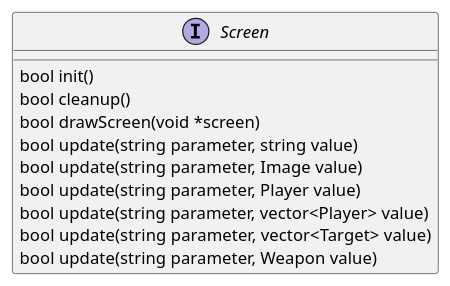
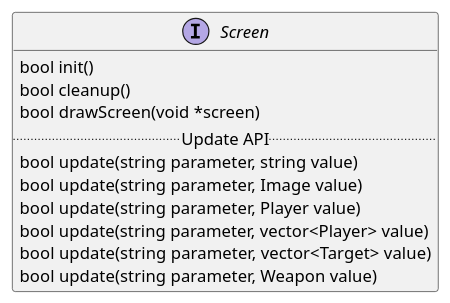
Before and after one commit to asrob-uc3m/robotDevastation-developer-manual: the diagram in en/user-interface-management/screens.md, drawn with PlantUML.

Commit message:
Updates en/user-interface-management/screens.md
Auto commit by GitBook Editor

```diff
--- a/en/user-interface-management/screens.md
+++ b/en/user-interface-management/screens.md
@@ -4,14 +4,15 @@
 {% plantuml %}
 interface Screen {
 bool init()
 bool cleanup()
 bool drawScreen(void *screen)
+..Update API..
 bool update(string parameter, string value)
 bool update(string parameter, Image value)
 bool update(string parameter, Player value)
 bool update(string parameter, vector<Player> value) 
 bool update(string parameter, vector<Target> value) 
 bool update(string parameter, Weapon value) 
 }
 
 {% endplantuml %}
```
